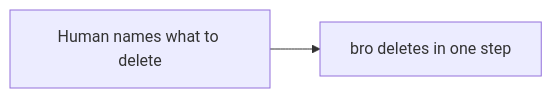
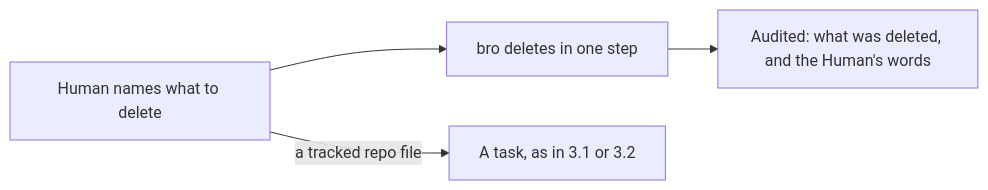
Diagram 11 of 19 in docs/architecture/FLOWS.md (trustmybot/plugin), drawn with Mermaid before and after one commit. The commit also changed other lines of this file and 6 other files, not shown here.

````diff
--- a/docs/architecture/FLOWS.md
+++ b/docs/architecture/FLOWS.md
@@ -163,4 +163,6 @@
 ```mermaid
 flowchart LR
     A[Human names what to delete] --> B[bro deletes in one step]
+    B --> C[Audited: what was deleted, and the Human's words]
+    A -- a tracked repo file --> D[A task, as in 3.1 or 3.2]
 ```
````
